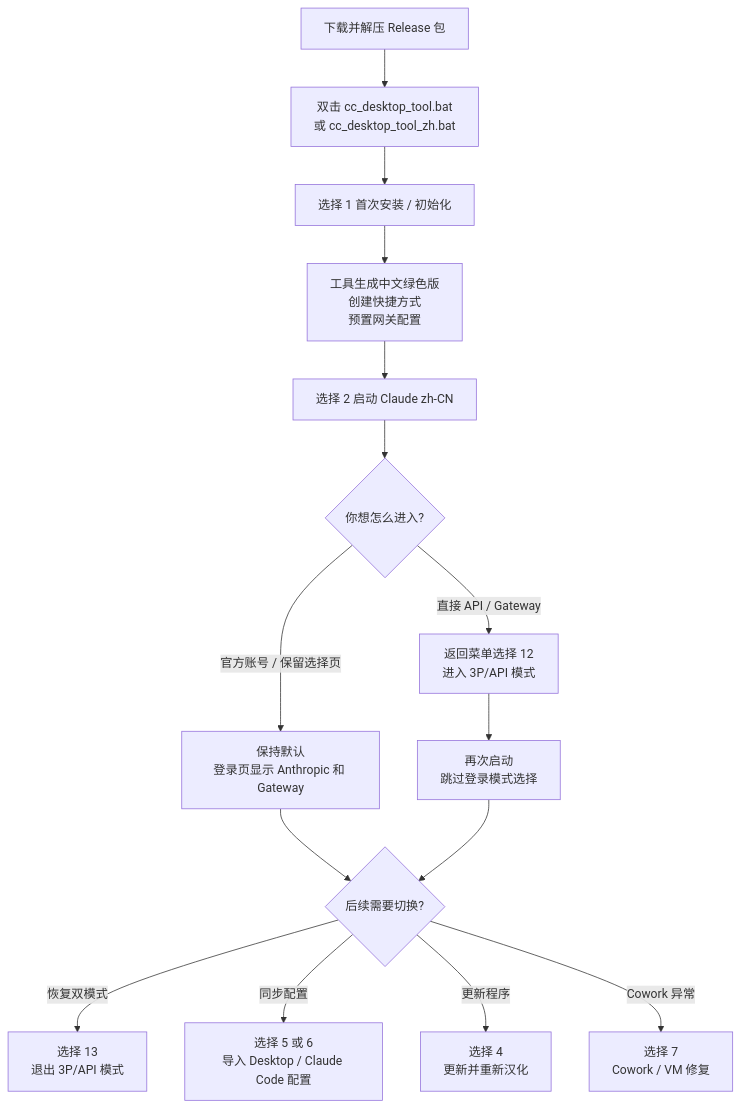
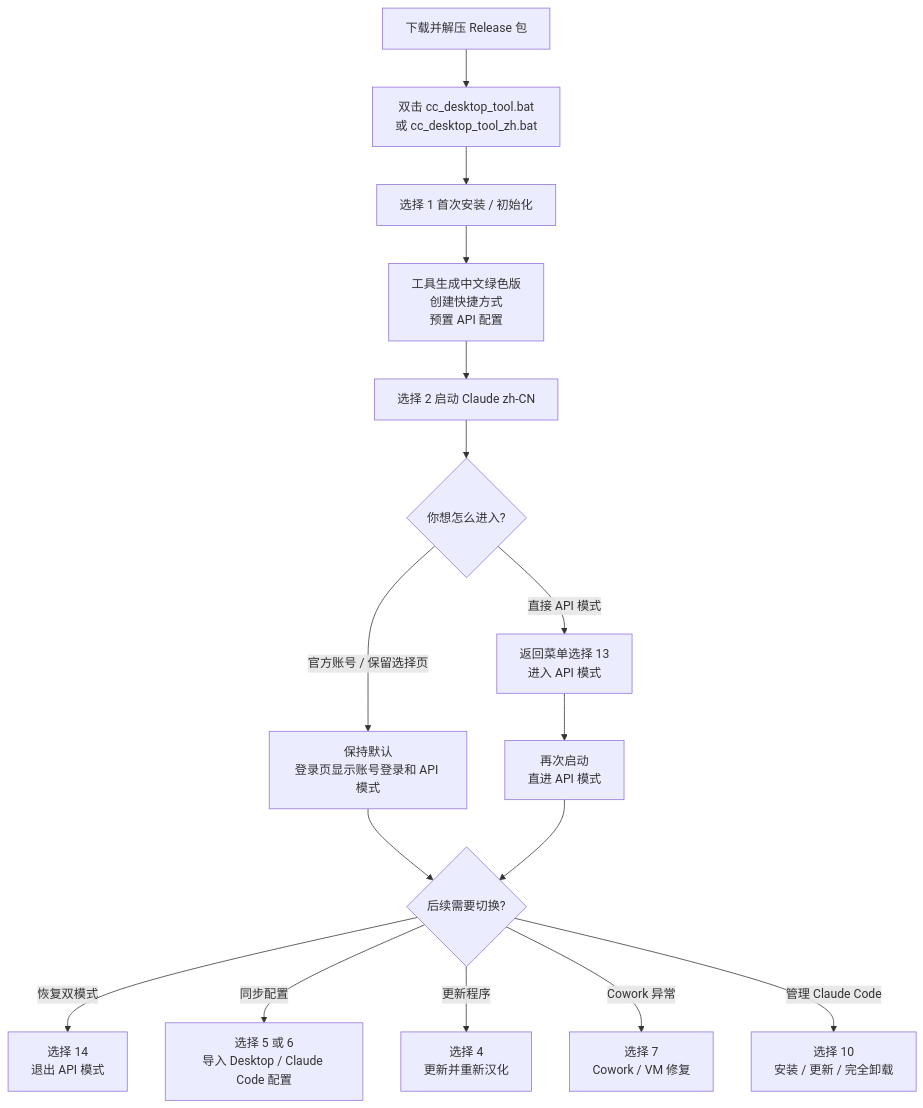
Before and after one commit to FOMO-RUN/CC-desktop-zh-cn-WIN-portable: the second of 3 diagrams in README.md, drawn with Mermaid. The commit also changed other lines of this file and 7 other files, not shown here.

Commit message:
Release v0.3.4 Claude Code manager

````diff
--- a/README.md
+++ b/README.md
@@ -99,17 +107,18 @@
 ```mermaid
 flowchart TD
     A["下载并解压 Release 包"] --> B["双击 cc_desktop_tool.bat<br/>或 cc_desktop_tool_zh.bat"]
     B --> C["选择 1 首次安装 / 初始化"]
-    C --> D["工具生成中文绿色版<br/>创建快捷方式<br/>预置网关配置"]
+    C --> D["工具生成中文绿色版<br/>创建快捷方式<br/>预置 API 配置"]
     D --> E["选择 2 启动 Claude zh-CN"]
     E --> F{"你想怎么进入?"}
-    F -- "官方账号 / 保留选择页" --> G["保持默认<br/>登录页显示 Anthropic 和 Gateway"]
-    F -- "直接 API / Gateway" --> H["返回菜单选择 12<br/>进入 3P/API 模式"]
-    H --> I["再次启动<br/>跳过登录模式选择"]
+    F -- "官方账号 / 保留选择页" --> G["保持默认<br/>登录页显示账号登录和 API 模式"]
+    F -- "直接 API 模式" --> H["返回菜单选择 13<br/>进入 API 模式"]
+    H --> I["再次启动<br/>直进 API 模式"]
     G --> J{"后续需要切换?"}
     I --> J
-    J -- "恢复双模式" --> K["选择 13<br/>退出 3P/API 模式"]
+    J -- "恢复双模式" --> K["选择 14<br/>退出 API 模式"]
     J -- "同步配置" --> L["选择 5 或 6<br/>导入 Desktop / Claude Code 配置"]
     J -- "更新程序" --> M["选择 4<br/>更新并重新汉化"]
     J -- "Cowork 异常" --> N["选择 7<br/>Cowork / VM 修复"]
+    J -- "管理 Claude Code" --> O["选择 10<br/>安装 / 更新 / 完全卸载"]
 ```
````
